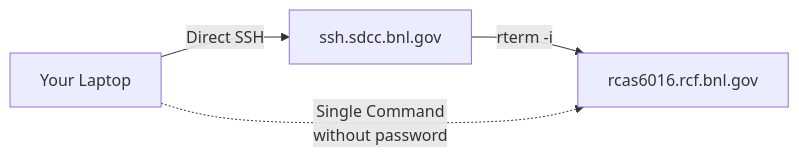
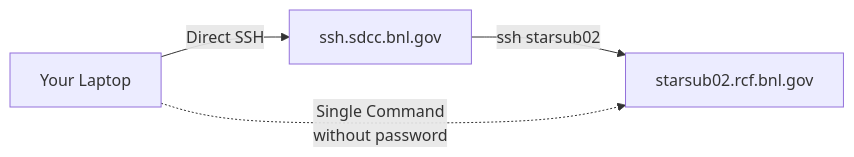
Before and after one commit to star-juniors/star-juniors.github.io: the diagram in software/ssh/index.md, drawn with Mermaid. The commit also changed other lines of this file, not shown here.

````diff
--- a/software/ssh/index.md
+++ b/software/ssh/index.md
@@ -11,8 +11,8 @@
 ```mermaid
 flowchart LR
     A[Your Laptop] -->|Direct SSH| B[ssh.sdcc.bnl.gov]
-    B -->|rterm -i| C[rcas6016.rcf.bnl.gov]
+    B -->|ssh starsub02| C[starsub02.rcf.bnl.gov]
     A -.->| Single Command 
     without password| C
 
 ```
````
